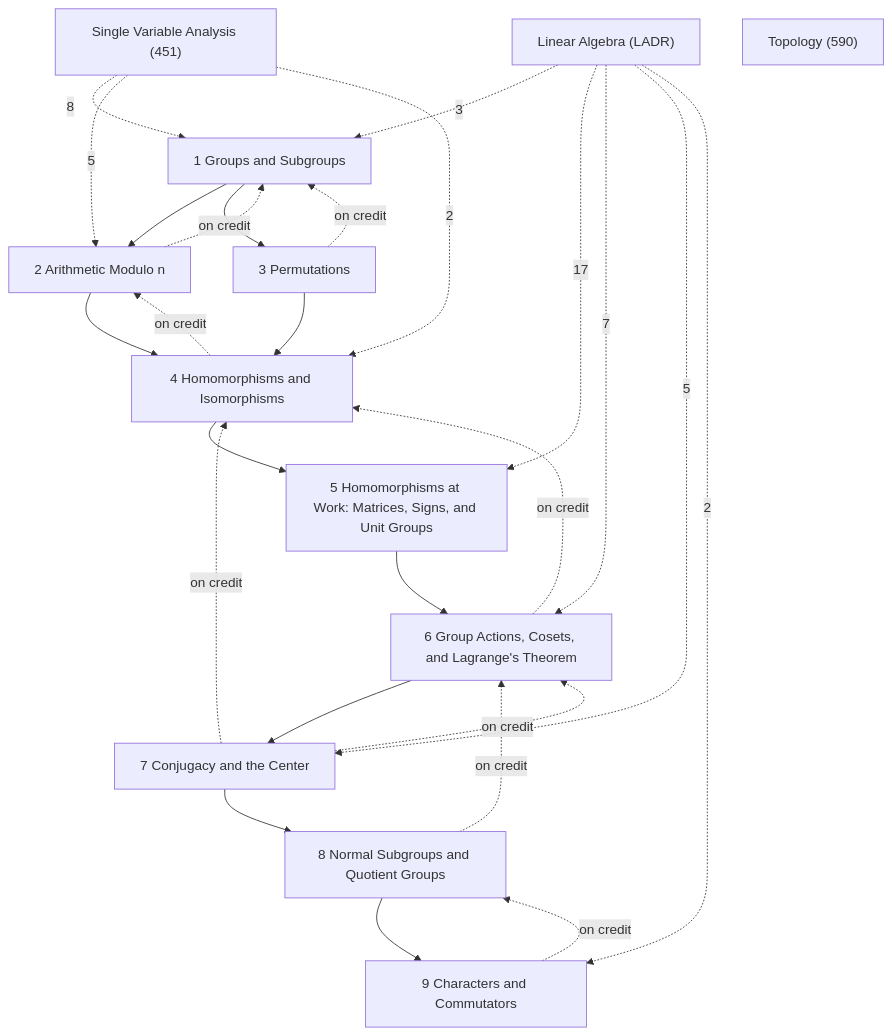
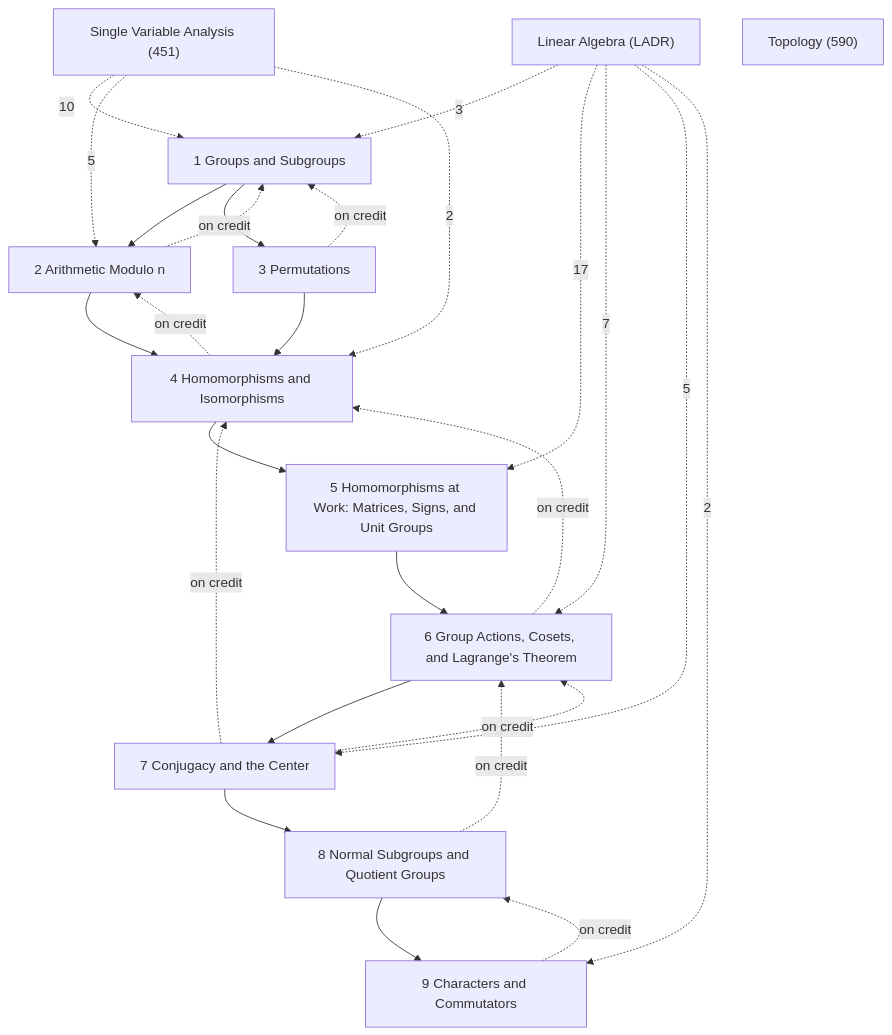
One commit to Onion20040508/notes changed the diagram in Math/Group Theory/Group Theory.md. Above: the diagram before and after it, drawn with Mermaid. The commit also changed other lines of this file and 655 other files, not shown here.

````diff
--- a/Math/Group Theory/Group Theory.md
+++ b/Math/Group Theory/Group Theory.md
@@ -27,40 +27,40 @@
 ```mermaid
 graph TD
   C1["1 Groups and Subgroups"]
   C2["2 Arithmetic Modulo n"]
   C3["3 Permutations"]
   C4["4 Homomorphisms and Isomorphisms"]
   C5["5 Homomorphisms at Work: Matrices, Signs, and Unit Groups"]
   C6["6 Group Actions, Cosets, and Lagrange's Theorem"]
   C7["7 Conjugacy and the Center"]
   C8["8 Normal Subgroups and Quotient Groups"]
   C9["9 Characters and Commutators"]
   X1["Linear Algebra (LADR)"]
   X2["Single Variable Analysis (451)"]
   X3["Topology (590)"]
   C1 --> C2
   C1 --> C3
   C2 --> C4
   C3 --> C4
   C4 --> C5
   C5 --> C6
   C6 --> C7
   C7 --> C8
   C8 --> C9
   C2 -.->|on credit| C1
   C3 -.->|on credit| C1
   C4 -.->|on credit| C2
   C6 -.->|on credit| C4
   C7 -.->|on credit| C4
   C7 -.->|on credit| C6
   C8 -.->|on credit| C6
   C9 -.->|on credit| C8
   X1 -.->|3| C1
   X1 -.->|17| C5
   X1 -.->|7| C6
   X1 -.->|5| C7
   X1 -.->|2| C9
-  X2 -.->|8| C1
+  X2 -.->|10| C1
   X2 -.->|5| C2
   X2 -.->|2| C4
 ```
````
